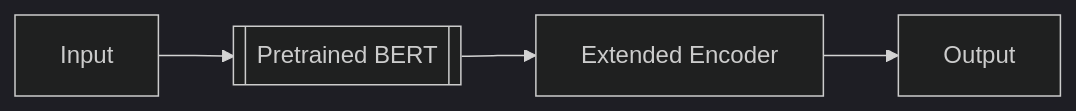
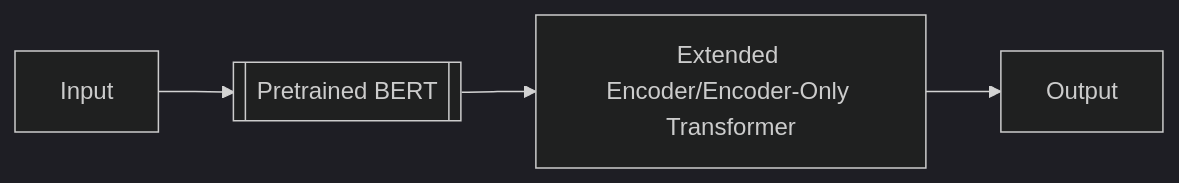
The diagram in README.md (lif31up/encoder-only-transformer-adapter), drawn with Mermaid (dark theme) before and after one commit. The commit also changed other lines of this file and 4 other files, not shown here.

First line of the commit message:
Rename BERT model to Transformer and update references

````diff
--- a/README.md
+++ b/README.md
@@ -24,4 +24,4 @@
 ```mermaid
 flowchart LR
-  x["Input"] --> BERT[["Pretrained BERT"]] --> EE["Extended Encoder"] --> y["Output"]
+  x["Input"] --> BERT[["Pretrained BERT"]] --> EE["Extended Encoder/Encoder-Only Transformer"] --> y["Output"]
 ```
````
